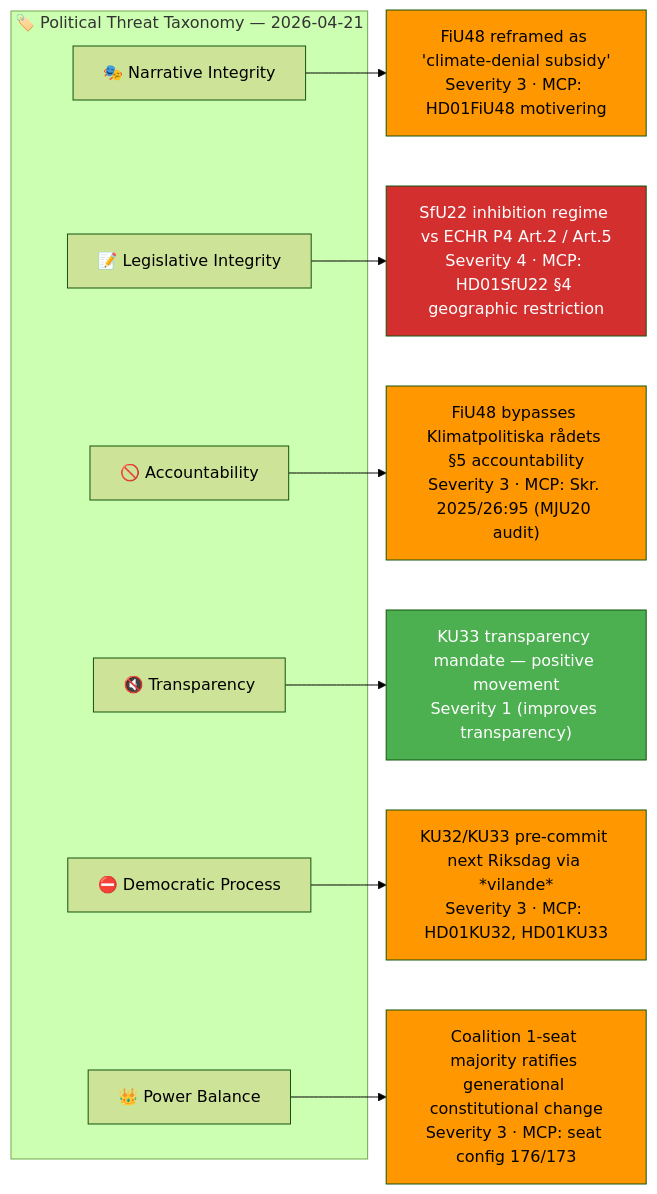
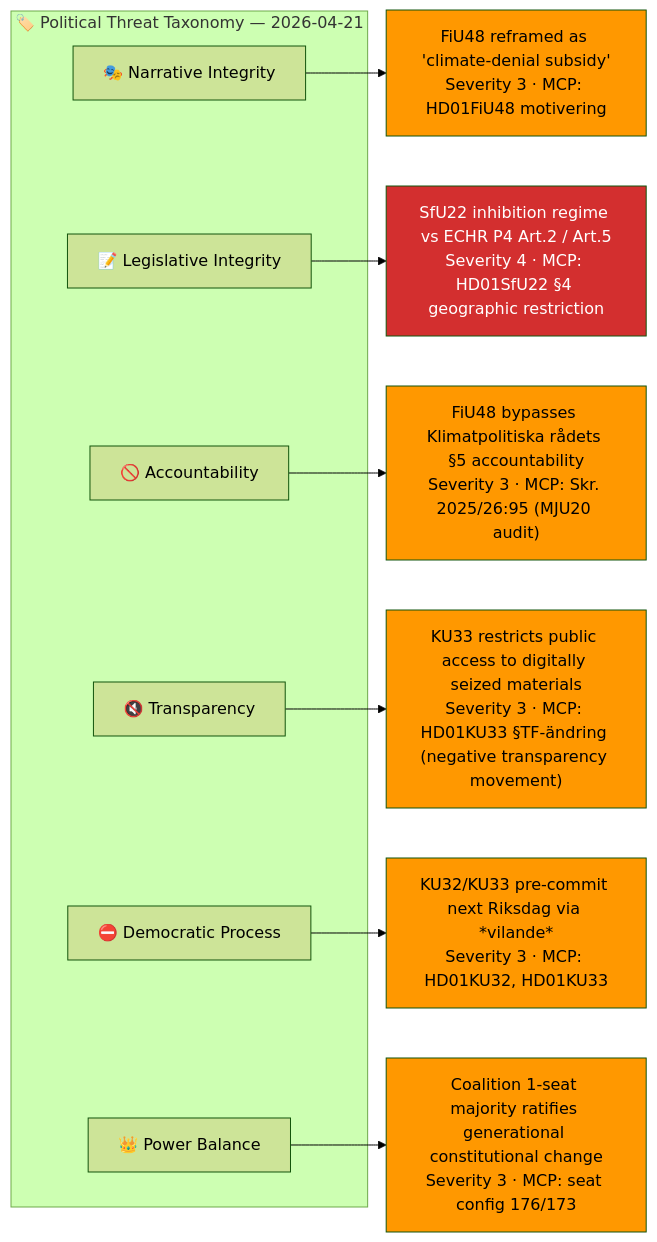
The first of 5 diagrams in analysis/daily/2026-04-21/committeeReports/threat-analysis.md (Hack23/riksdagsmonitor), drawn with Mermaid (forest theme) before and after one commit. The commit also changed other lines of this file and 5 other files, not shown here.

````diff
--- a/analysis/daily/2026-04-21/committeeReports/threat-analysis.md
+++ b/analysis/daily/2026-04-21/committeeReports/threat-analysis.md
@@ -19,23 +19,23 @@
 ```mermaid
 graph LR
     subgraph "🏷️ Political Threat Taxonomy — 2026-04-21"
         NI["🎭 Narrative Integrity"]
         LI["📝 Legislative Integrity"]
         AC["🚫 Accountability"]
         TR["🔇 Transparency"]
         DP["⛔ Democratic Process"]
         PB["👑 Power Balance"]
     end
     NI --> NI1["FiU48 reframed as 'climate-denial subsidy'<br/>Severity 3 · MCP: HD01FiU48 motivering"]
     LI --> LI1["SfU22 inhibition regime vs ECHR P4 Art.2 / Art.5<br/>Severity 4 · MCP: HD01SfU22 §4 geographic restriction"]
     AC --> AC1["FiU48 bypasses Klimatpolitiska rådets §5 accountability<br/>Severity 3 · MCP: Skr. 2025/26:95 (MJU20 audit)"]
-    TR --> TR1["KU33 transparency mandate — positive movement<br/>Severity 1 (improves transparency)"]
+    TR --> TR1["KU33 restricts public access to digitally seized materials<br/>Severity 3 · MCP: HD01KU33 §TF-ändring (negative transparency movement)"]
     DP --> DP1["KU32/KU33 pre-commit next Riksdag via *vilande*<br/>Severity 3 · MCP: HD01KU32, HD01KU33"]
     PB --> PB1["Coalition 1-seat majority ratifies generational constitutional change<br/>Severity 3 · MCP: seat config 176/173"]
     style NI1 fill:#FF9800,color:#000
     style LI1 fill:#D32F2F,color:#FFF
     style AC1 fill:#FF9800,color:#000
-    style TR1 fill:#4CAF50,color:#FFF
+    style TR1 fill:#FF9800,color:#000
     style DP1 fill:#FF9800,color:#000
     style PB1 fill:#FF9800,color:#000
 ```
````
